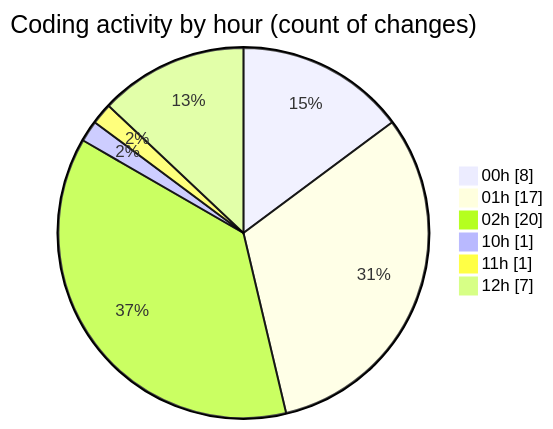
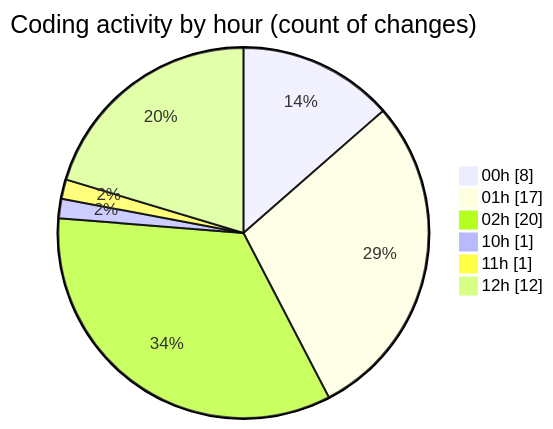
The second of 2 diagrams in 2025-05-02/niten/README.md (Elitesun/code-tracking), drawn with Mermaid before and after one commit. The commit also changed other lines of this file and 1 other file, not shown here.

````diff
--- a/2025-05-02/niten/README.md
+++ b/2025-05-02/niten/README.md
@@ -50,10 +51,10 @@
 ```mermaid
 pie showData
 title Coding activity by hour (count of changes)
 "00h" : 8
 "01h" : 17
 "02h" : 20
 "10h" : 1
 "11h" : 1
-"12h" : 7
+"12h" : 12
 ```
````
